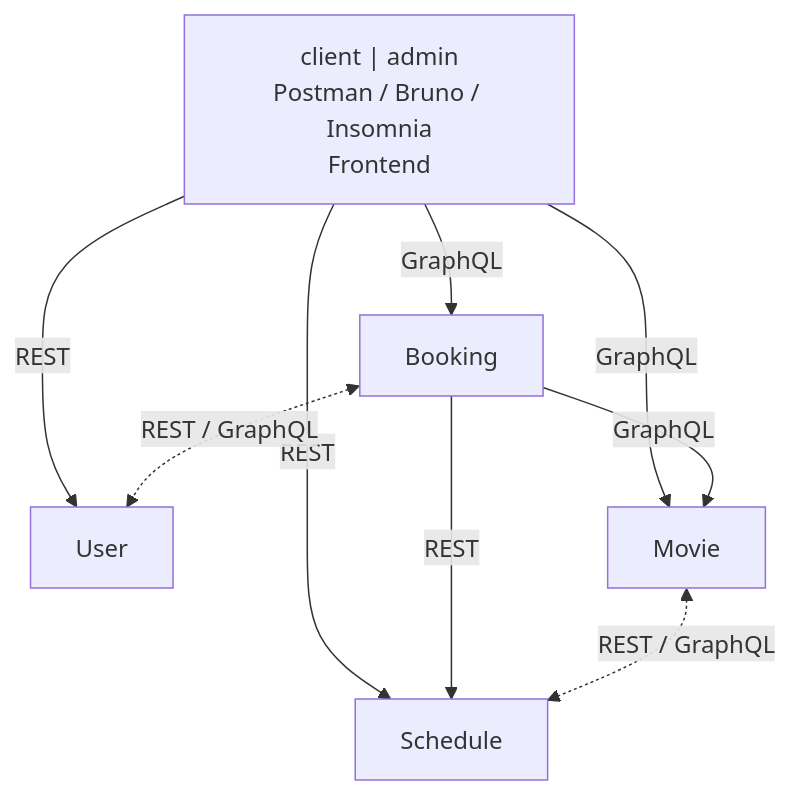
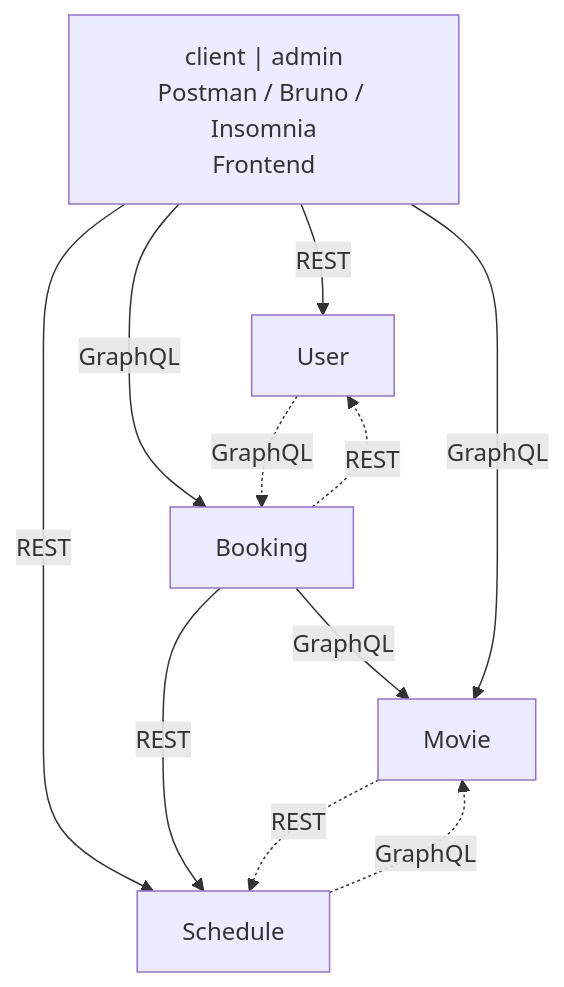
Before and after one commit to lboeglin/UE-AD-A1-REST: the diagram in README.md, drawn with Mermaid. The commit also changed other lines of this file, not shown here.

````diff
--- a/README.md
+++ b/README.md
@@ -50,20 +68,22 @@
 ```mermaid
 flowchart TD
     Client["client | admin<br/>Postman / Bruno / Insomnia<br/>Frontend"]
 
     User
     Booking
+    Movie
     Schedule
-    Movie
 
     Client -->|REST| User
     Client -->|GraphQL| Booking
     Client -->|REST| Schedule
-    Client -->|GraphQL| Movie
 
     Booking -->|GraphQL| Movie
+    Client -->|GraphQL| Movie
     Booking -->|REST| Schedule
 
-    Booking <-.->|REST / GraphQL| User
-    Movie <-.->|REST / GraphQL| Schedule
+    User -.->|GraphQL| Booking
+    Booking -.->|REST| User
+    Movie -.->|REST| Schedule
+    Schedule -.->|GraphQL| Movie
 ```
````
